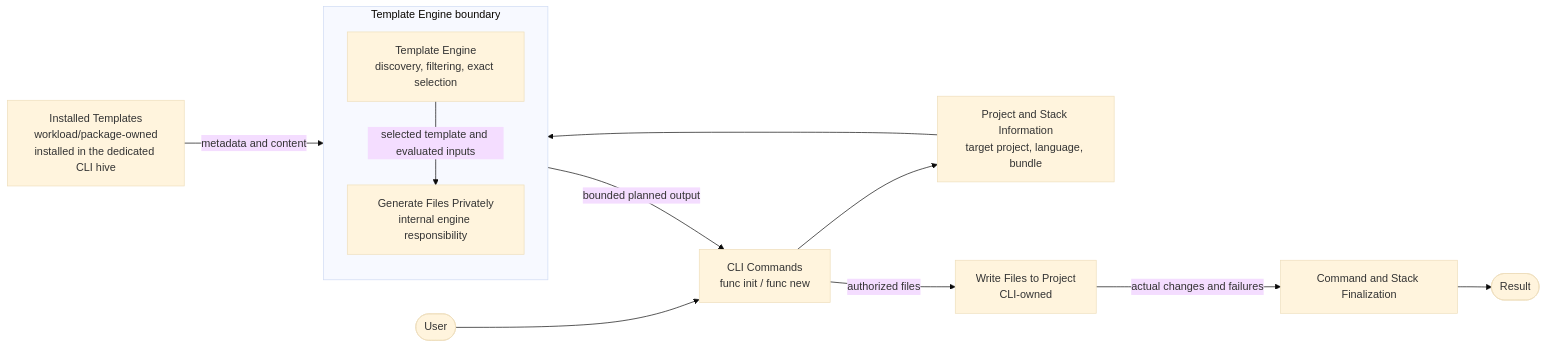
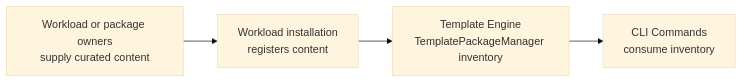
One commit to Azure/azure-functions-core-tools changed the diagram in docs/templates/Templates-EndToEnd-Object-Model-Review.md. Above: the diagram before and after it, drawn with Mermaid (base theme). The commit also changed other lines of this file and 21 other files, not shown here.

Commit message:
Add Template Engine discovery and selection foundation

````diff
--- a/docs/templates/Templates-EndToEnd-Object-Model-Review.md
+++ b/docs/templates/Templates-EndToEnd-Object-Model-Review.md
@@ -16,17 +21,9 @@
 ```mermaid
 flowchart LR
-    user([User]) --> cli["CLI Commands<br/>func init / func new"]
-    cli --> context["Project and Stack Information<br/>target project, language, bundle"]
-    context --> engine
-    content["Installed Templates<br/>workload/package-owned<br/>installed in the dedicated CLI hive"] -->|metadata and content| engine
-    subgraph engineBoundary["Template Engine boundary"]
-        direction TB
-        engine["Template Engine<br/>discovery, filtering, exact selection"]
-        render["Generate Files Privately<br/>internal engine responsibility"]
-        engine -->|selected template and evaluated inputs| render
-    end
-    render -->|bounded planned output| cli
-    cli -->|authorized files| write["Write Files to Project<br/>CLI-owned"]
-    write -->|actual changes and failures| finalize["Command and Stack Finalization"]
-    finalize --> result([Result])
+    owners["Workload or package owners<br/>supply curated content"]
+    install["Workload installation<br/>registers content"]
+    engine["Template Engine<br/>TemplatePackageManager inventory"]
+    commands["CLI Commands<br/>consume inventory"]
+
+    owners --> install --> engine --> commands
 ```
````
